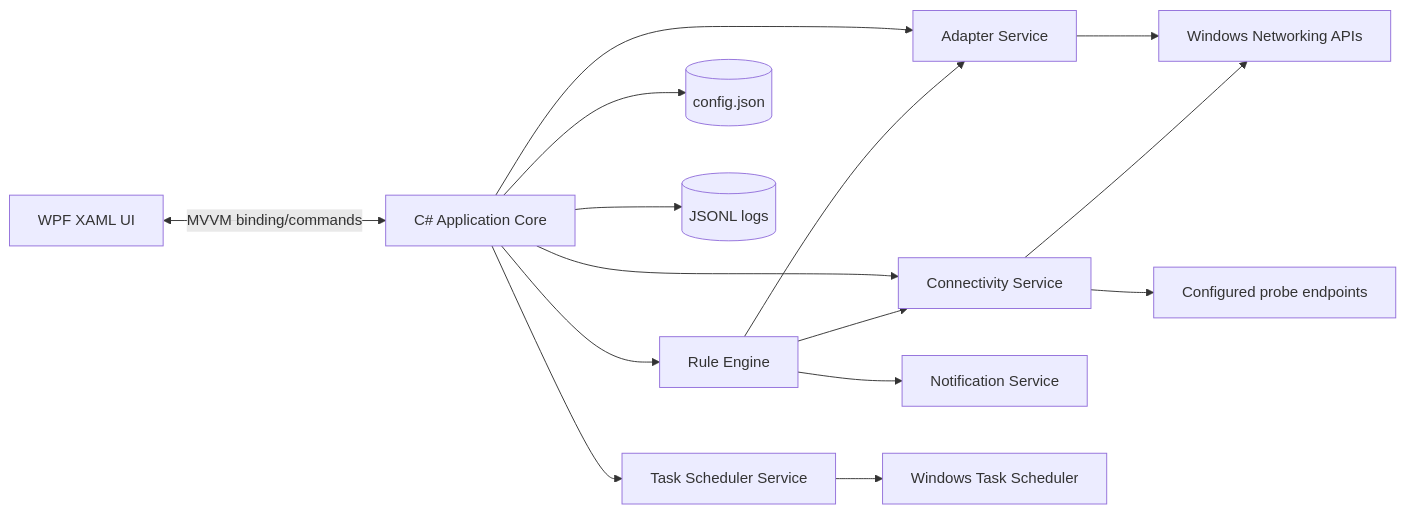
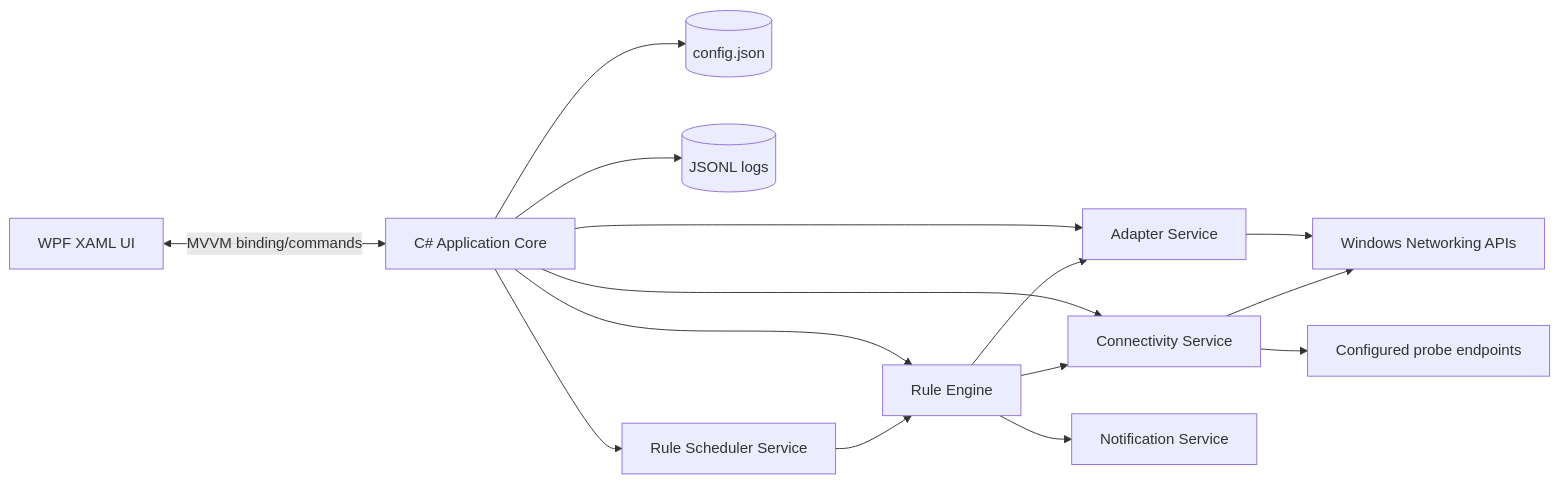
The first of 3 diagrams in docs/02-architecture-and-data-flow.md (LS3213/NetRelay), drawn with Mermaid before and after one commit. The commit also changed other lines of this file and 4 other files, not shown here.

````diff
--- a/docs/02-architecture-and-data-flow.md
+++ b/docs/02-architecture-and-data-flow.md
@@ -44,17 +41,17 @@
 ```mermaid
 flowchart LR
     UI[WPF XAML UI] <-->|MVVM binding/commands| CORE[C# Application Core]
     CORE --> ADAPTER[Adapter Service]
     CORE --> PROBE[Connectivity Service]
     CORE --> RULES[Rule Engine]
     CORE --> CONFIG[(config.json)]
     CORE --> LOGS[(JSONL logs)]
     RULES --> ADAPTER
     RULES --> PROBE
     RULES --> NOTIFY[Notification Service]
-    CORE --> SCHED[Task Scheduler Service]
-    SCHED --> WTS[Windows Task Scheduler]
+    CORE --> SCHED[Rule Scheduler Service]
+    SCHED --> RULES
     ADAPTER --> WINNET[Windows Networking APIs]
     PROBE --> WINNET
     PROBE --> HTTP[Configured probe endpoints]
 ```
````
